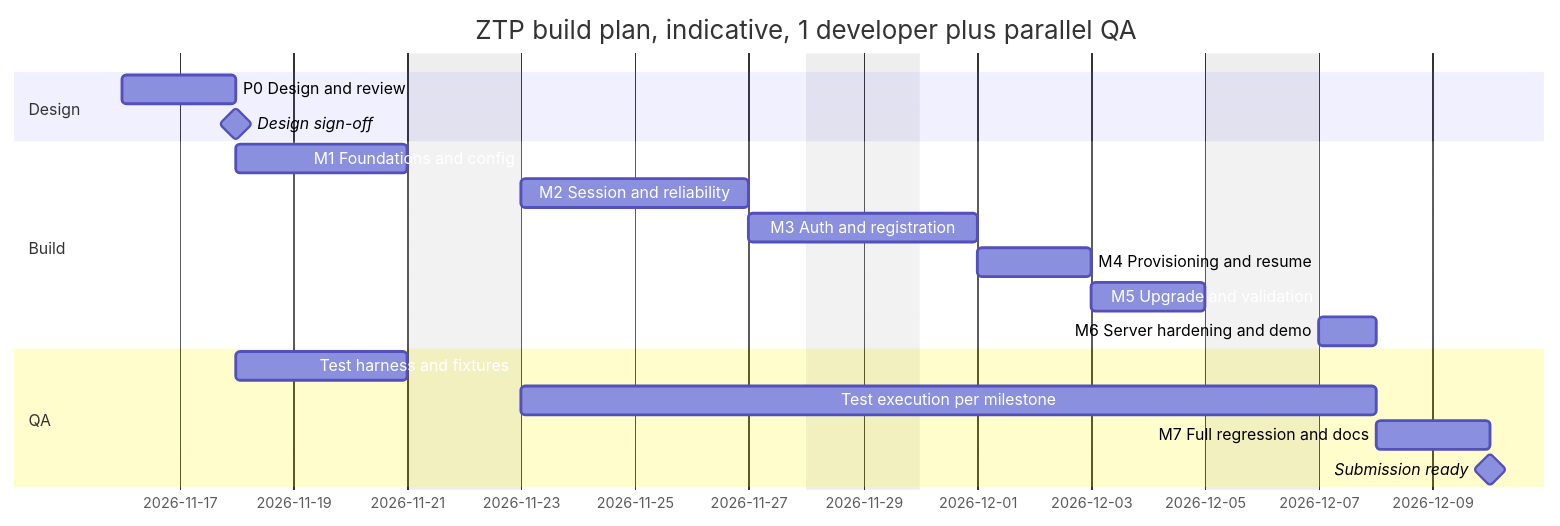
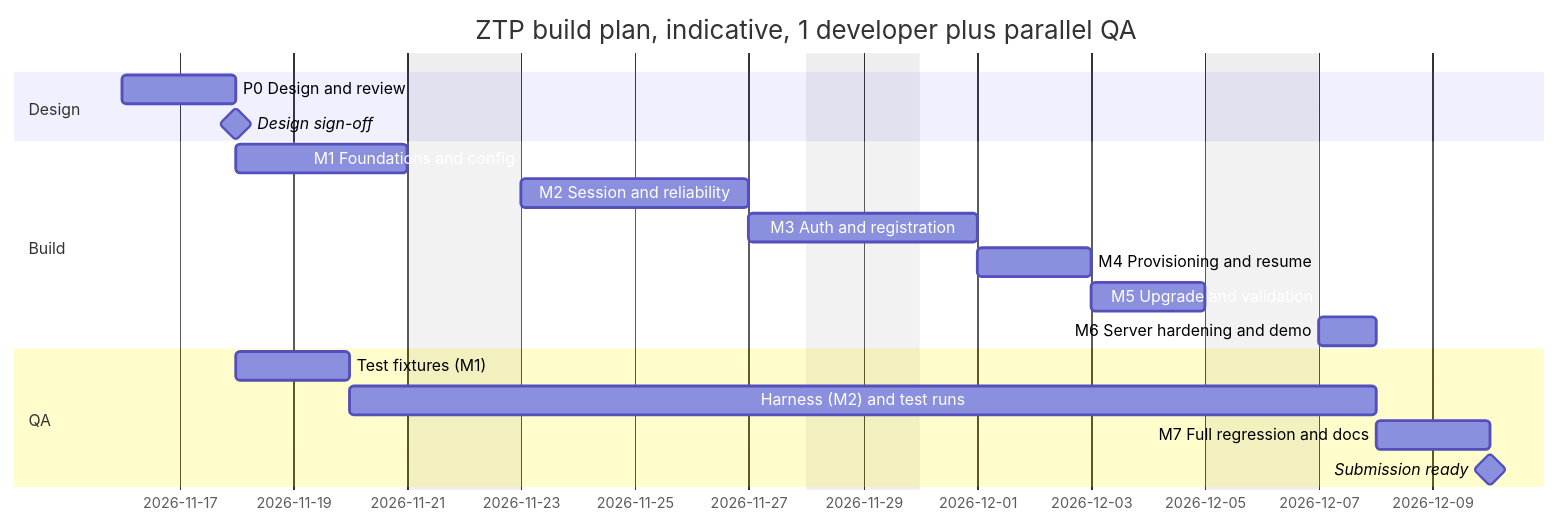
One commit to heysunilvk/ztp-project changed the second of 2 diagrams in PRD_ZTP.md. Above: the diagram before and after it, drawn with Mermaid. The commit also changed other lines of this file and 30 other files, not shown here.

````diff
--- a/PRD_ZTP.md
+++ b/PRD_ZTP.md
@@ -353,21 +353,21 @@
 ```mermaid
 gantt
     title ZTP build plan, indicative, 1 developer plus parallel QA
     dateFormat  YYYY-MM-DD
     excludes    weekends
     section Design
     P0 Design and review           :p0, 2026-11-16, 2d
     Design sign-off                :milestone, ms0, after p0, 0d
     section Build
     M1 Foundations and config      :m1, after p0, 3d
     M2 Session and reliability     :m2, after m1, 4d
     M3 Auth and registration       :m3, after m2, 2d
     M4 Provisioning and resume     :m4, after m3, 2d
     M5 Upgrade and validation      :m5, after m4, 2d
     M6 Server hardening and demo   :m6, after m5, 1d
     section QA
-    Test harness and fixtures      :q1, after p0, 3d
-    Test execution per milestone   :q2, after q1, 11d
+    Test fixtures (M1)             :q1, after p0, 2d
+    Harness (M2) and test runs     :q2, after q1, 12d
     M7 Full regression and docs    :m7, after m6, 2d
     Submission ready               :milestone, ms1, after m7, 0d
 ```
````
